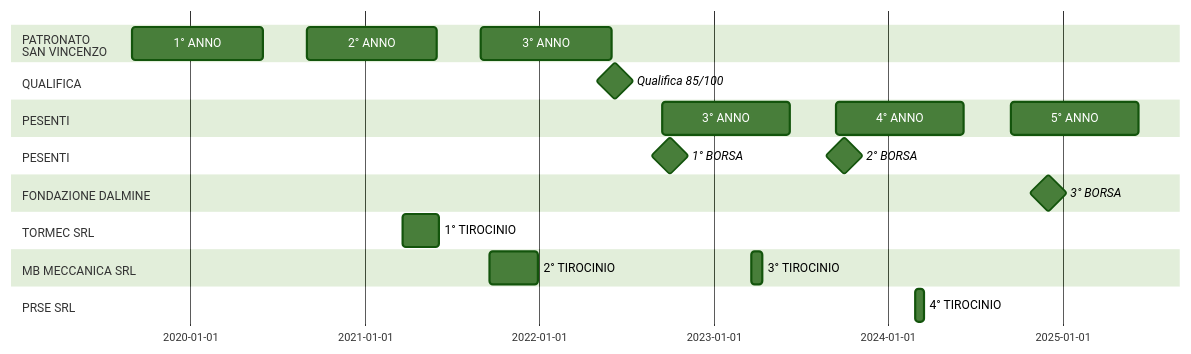
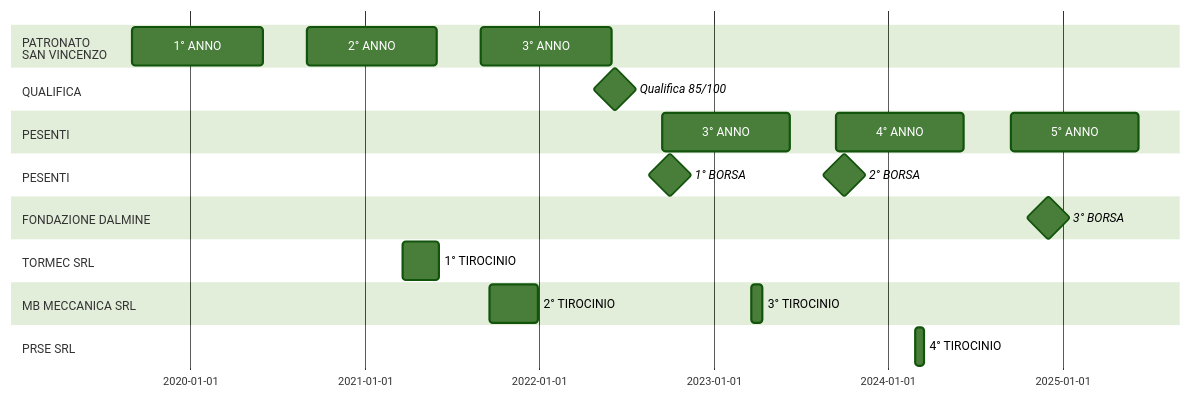
The diagram in PTCO.md (Laaouatni/PTCO-esame-MERMAID), drawn with Mermaid (forest theme) before and after one commit.

````diff
--- a/PTCO.md
+++ b/PTCO.md
@@ -1,40 +1,40 @@
 ```mermaid
 ---
 displayMode: compact
 ---
-%%{init: { 'gantt': {'leftPadding': 110, 'barHeight': 30} } }%%
+%%{init: { 'gantt': {'leftPadding': 110, 'barHeight': 35} } }%%
 gantt
     dateFormat  DD-MM-YYYY
 
     section PATRONATO<BR>SAN VINCENZO
         1° ANNO: 01-09-2019,31-05-2020
         2° ANNO: 01-09-2020,31-05-2021
         3° ANNO: 01-09-2021,31-05-2022
 
     section QUALIFICA
         Qualifica 85/100 :milestone, 15-06-2022
 
     section PESENTI
         3° ANNO: 14-09-2022,08-06-2023
         4° ANNO: 14-09-2023,08-06-2024
         5° ANNO: 14-09-2024,08-06-2025
 
     section PESENTI 
         1° BORSA: milestone, 01-10-2022,1d
         2° BORSA: milestone, 01-10-2023,1d
 
     section FONDAZIONE DALMINE
         3° BORSA: milestone, 01-12-2024,1d
-        
+
     section TORMEC SRL
         1° TIROCINIO: 21-03-2021,04-06-2021
 
     section MB MECCANICA SRL
         2° TIROCINIO: 19-09-2021,29-12-2021
         3° TIROCINIO: 20-03-2023,13-04-2023
 
     section PRSE SRL
         4° TIROCINIO: 26-02-2024,15-03-2024
 
 
 ```
````
